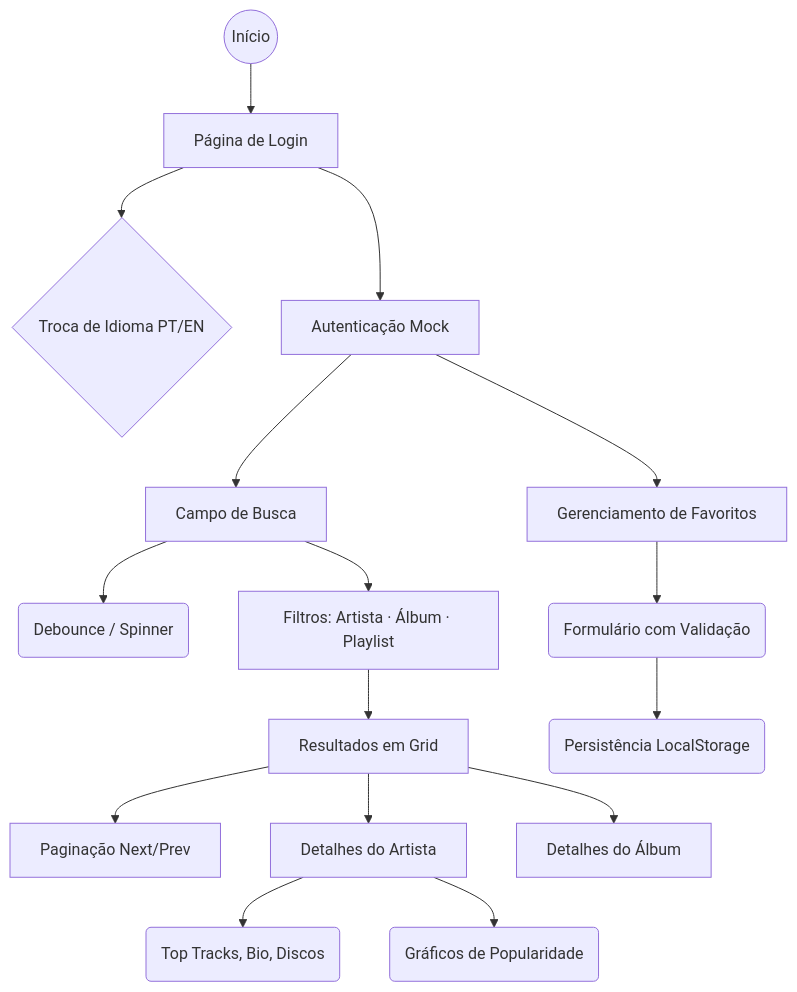
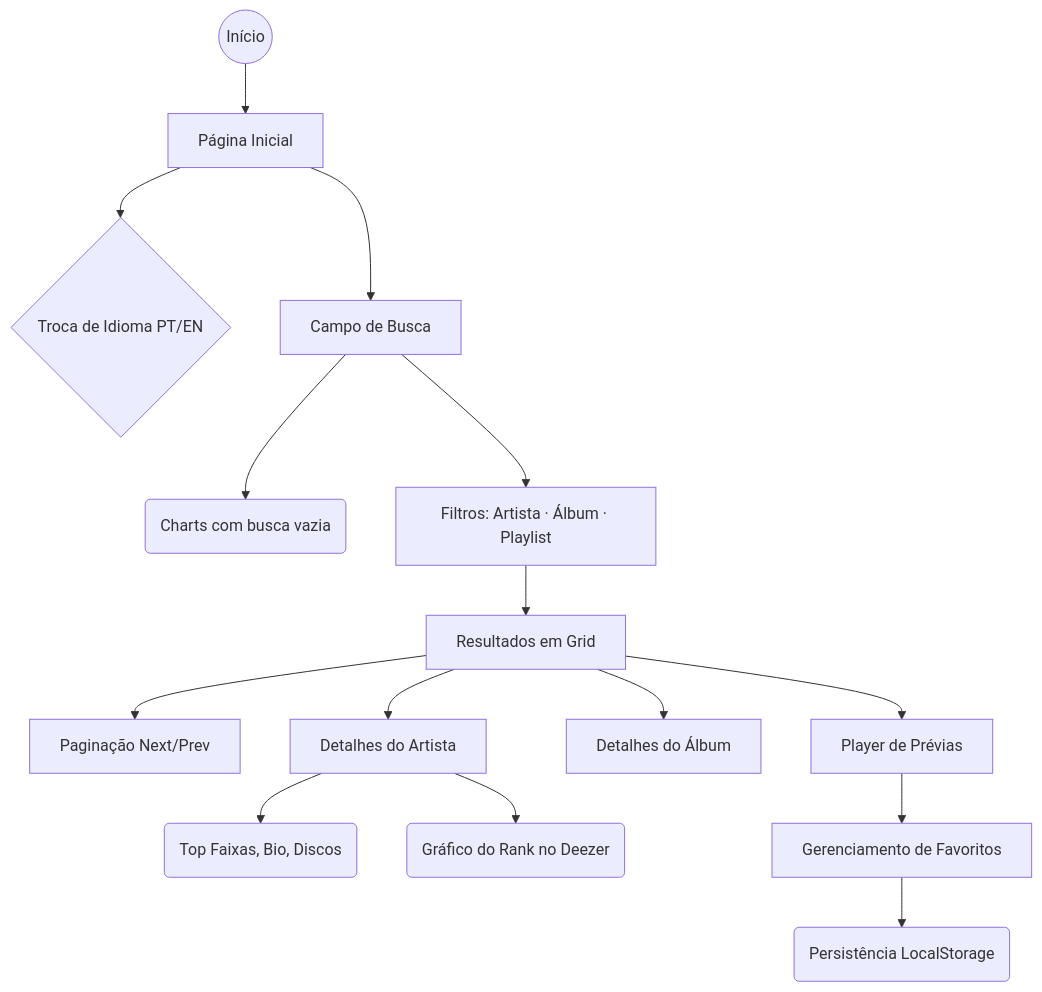
Before and after one commit to jeancarlos/spotify-player: the diagram in README.md, drawn with Mermaid. The commit also changed other lines of this file, not shown here.

Commit message:
docs: describe the login-free Deezer player in the README

````diff
--- a/README.md
+++ b/README.md
@@ -66,18 +55,17 @@
 ```mermaid
 graph TD
-    Start((Início)) --> Login[Página de Login]
-    Login --> i18n{Troca de Idioma PT/EN}
-    Login --> Auth[Autenticação Mock]
-    Auth --> SearchBar[Campo de Busca]
-    SearchBar --> Spinner(Debounce / Spinner)
+    Start((Início)) --> Home[Página Inicial]
+    Home --> i18n{Troca de Idioma PT/EN}
+    Home --> SearchBar[Campo de Busca]
+    SearchBar --> Charts(Charts com busca vazia)
     SearchBar --> Tabs[Filtros: Artista · Álbum · Playlist]
     Tabs --> Results[Resultados em Grid]
     Results --> Pagination[Paginação Next/Prev]
     Results --> ArtistDetail[Detalhes do Artista]
     Results --> AlbumDetail[Detalhes do Álbum]
-    ArtistDetail --> Content(Top Tracks, Bio, Discos)
-    ArtistDetail --> Chart(Gráficos de Popularidade)
-    Auth --> Favs[Gerenciamento de Favoritos]
-    Favs --> Form(Formulário com Validação)
-    Form --> Storage(Persistência LocalStorage)
+    ArtistDetail --> Content(Top Faixas, Bio, Discos)
+    ArtistDetail --> Chart(Gráfico do Rank no Deezer)
+    Results --> Player[Player de Prévias]
+    Player --> Favs[Gerenciamento de Favoritos]
+    Favs --> Storage(Persistência LocalStorage)
 ```
````
